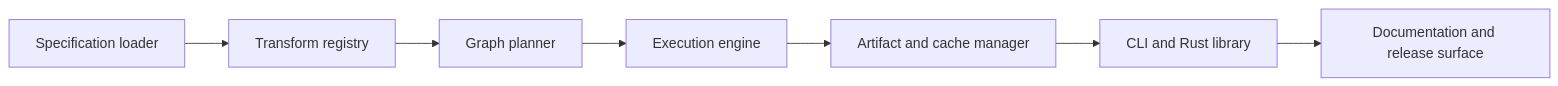
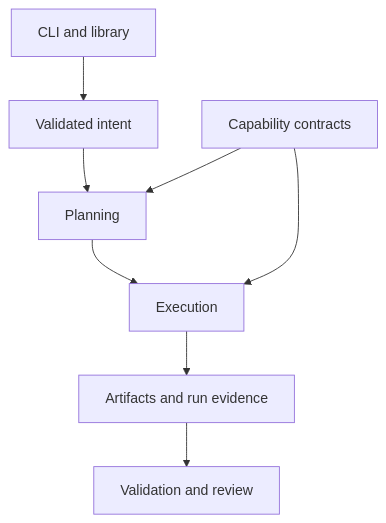
The diagram in ARCHITECTURE.md (egohygiene/renderflow), drawn with Mermaid before and after one commit. The commit also changed other lines of this file and 11 other files, not shown here.

First line of the commit message:
docs: reconcile contributor and architecture navigation [skip ci]

````diff
--- a/ARCHITECTURE.md
+++ b/ARCHITECTURE.md
@@ -44,16 +55,10 @@
 ```mermaid
-flowchart LR
-  S1[Specification loader]
-  S2[Transform registry]
-  S3[Graph planner]
-  S4[Execution engine]
-  S5[Artifact and cache manager]
-  S6[CLI and Rust library]
-  S7[Documentation and release surface]
-  S1 --> S2
-  S2 --> S3
-  S3 --> S4
-  S4 --> S5
-  S5 --> S6
-  S6 --> S7
+flowchart TD
+  I[CLI and library] --> R[Validated intent]
+  R --> P[Planning]
+  C[Capability contracts] --> P
+  P --> E[Execution]
+  C --> E
+  E --> A[Artifacts and run evidence]
+  A --> V[Validation and review]
 ```
````
